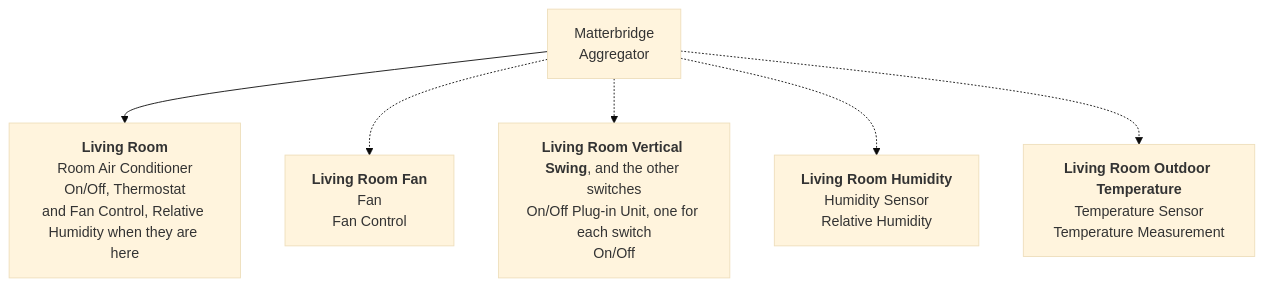
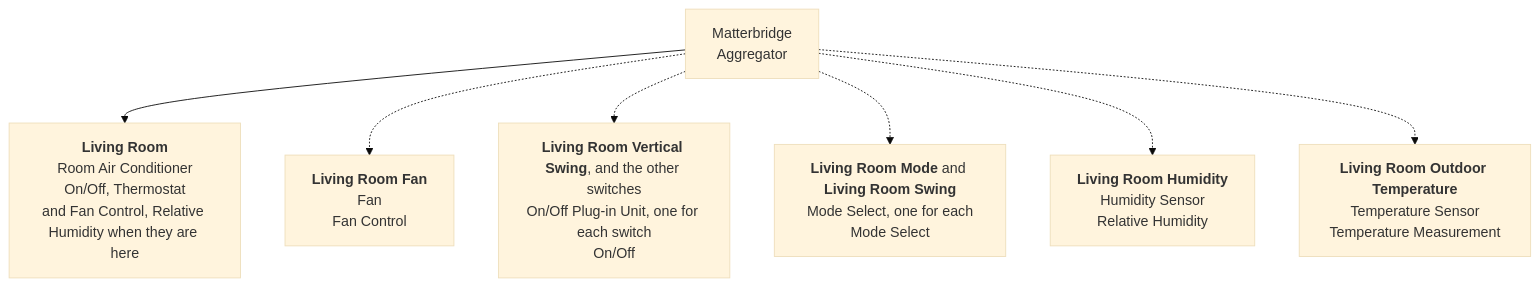
One commit to cheziyi/matterbridge-daikin-local changed the second of 2 diagrams in README.md. Above: the diagram before and after it, drawn with Mermaid (base theme). The commit also changed other lines of this file and 16 other files, not shown here.

First line of the commit message:
feat(devices): add mode selects for the mode and the swing

````diff
--- a/README.md
+++ b/README.md
@@ -220,14 +236,16 @@
 ```mermaid
 flowchart TD
     bridge["Matterbridge<br/>Aggregator"]
     ac["<b>Living Room</b><br/>Room Air Conditioner<br/>On/Off, Thermostat<br/>and Fan Control, Relative Humidity when they are here"]
     fan["<b>Living Room Fan</b><br/>Fan<br/>Fan Control"]
     switches["<b>Living Room Vertical Swing</b>, and the other switches<br/>On/Off Plug-in Unit, one for each switch<br/>On/Off"]
+    selects["<b>Living Room Mode</b> and <b>Living Room Swing</b><br/>Mode Select, one for each<br/>Mode Select"]
     humidity["<b>Living Room Humidity</b><br/>Humidity Sensor<br/>Relative Humidity"]
     outdoor["<b>Living Room Outdoor Temperature</b><br/>Temperature Sensor<br/>Temperature Measurement"]
     bridge --> ac
     bridge -.-> fan
     bridge -.-> switches
+    bridge -.-> selects
     bridge -.-> humidity
     bridge -.-> outdoor
 ```
````
